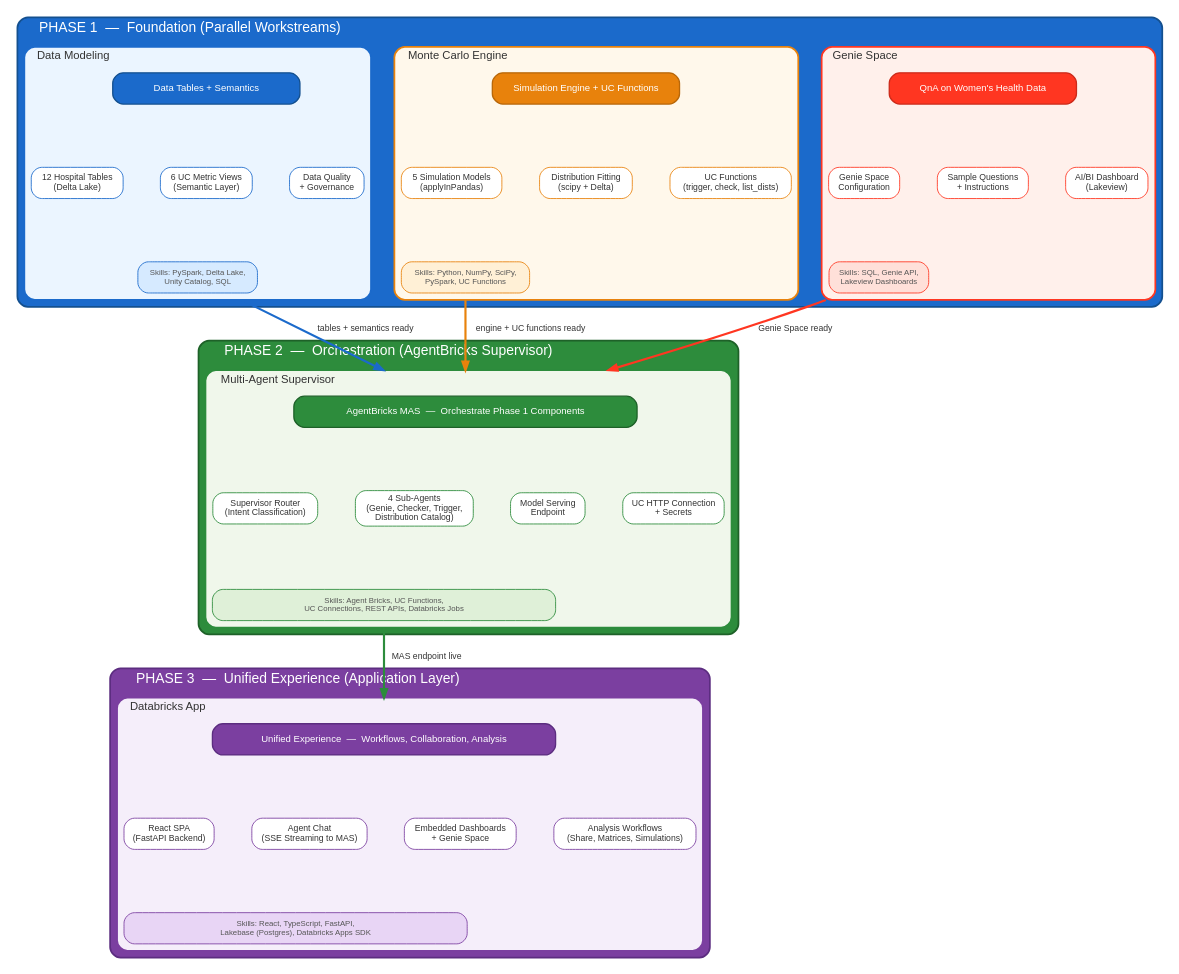
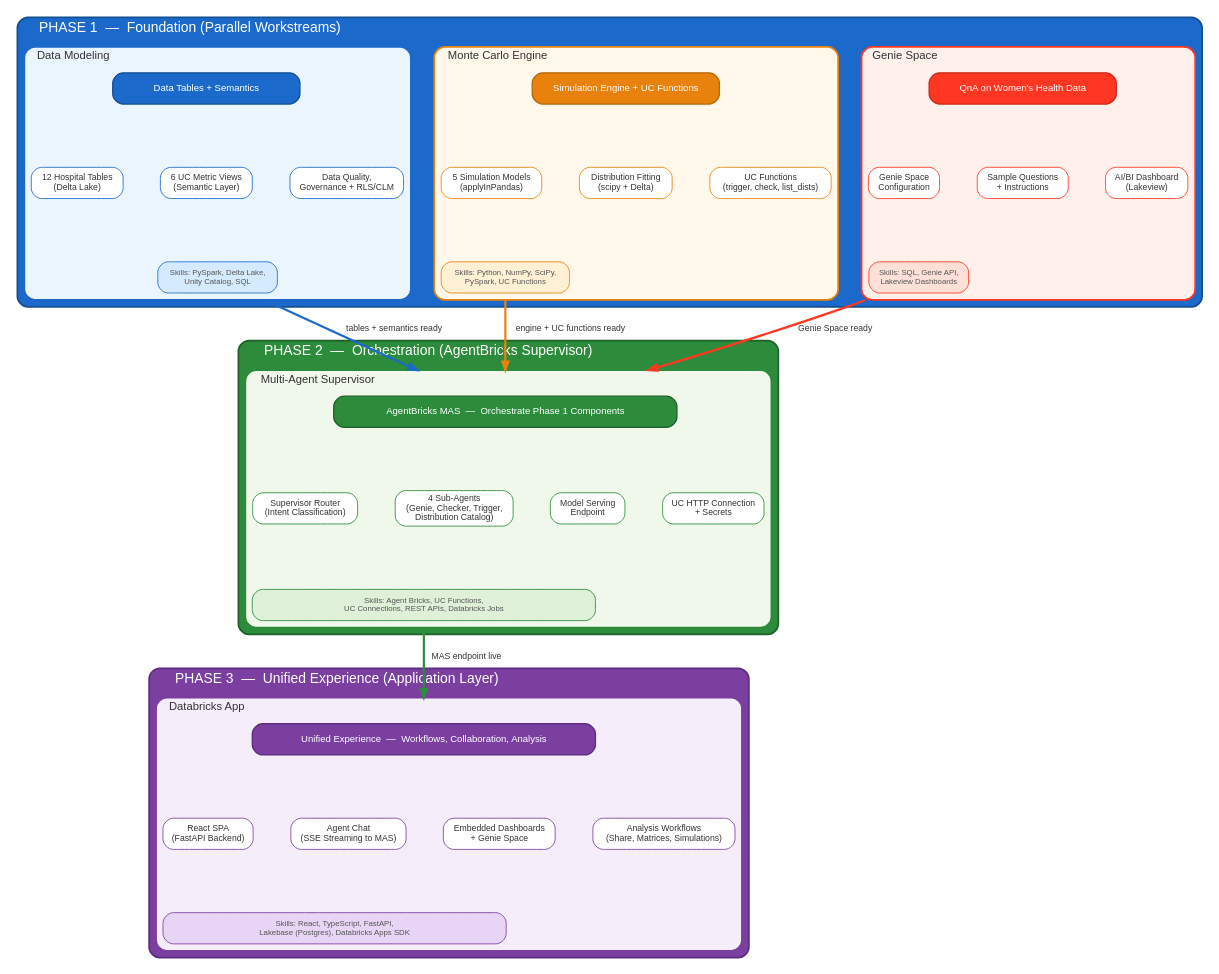
Before and after one commit to marcjimz/monte-carlo-supervisor: the diagram in docs/diagrams/team_workstreams.dot, drawn with Graphviz. The commit also changed 2 other files, not shown here.

Commit message:
docs: add RLS/CLM to data quality + governance box

```diff
--- a/docs/diagrams/team_workstreams.dot
+++ b/docs/diagrams/team_workstreams.dot
@@ -41,7 +41,7 @@
 
             w1_t1 [label="12 Hospital Tables\n(Delta Lake)", shape=box, style="filled,rounded", fillcolor="#FFFFFF", fontname="Helvetica", fontsize=10, fontcolor="#333333", color="#1B6ACB", penwidth=1];
             w1_t2 [label="6 UC Metric Views\n(Semantic Layer)", shape=box, style="filled,rounded", fillcolor="#FFFFFF", fontname="Helvetica", fontsize=10, fontcolor="#333333", color="#1B6ACB", penwidth=1];
-            w1_t3 [label="Data Quality\n+ Governance", shape=box, style="filled,rounded", fillcolor="#FFFFFF", fontname="Helvetica", fontsize=10, fontcolor="#333333", color="#1B6ACB", penwidth=1];
+            w1_t3 [label="Data Quality,\nGovernance + RLS/CLM", shape=box, style="filled,rounded", fillcolor="#FFFFFF", fontname="Helvetica", fontsize=10, fontcolor="#333333", color="#1B6ACB", penwidth=1];
 
             w1_skills [label="Skills: PySpark, Delta Lake,\nUnity Catalog, SQL", shape=box, style="filled,rounded", fillcolor="#D6EAFF", fontname="Helvetica", fontsize=9, fontcolor="#555555", color="#1B6ACB", penwidth=1];
 
```
